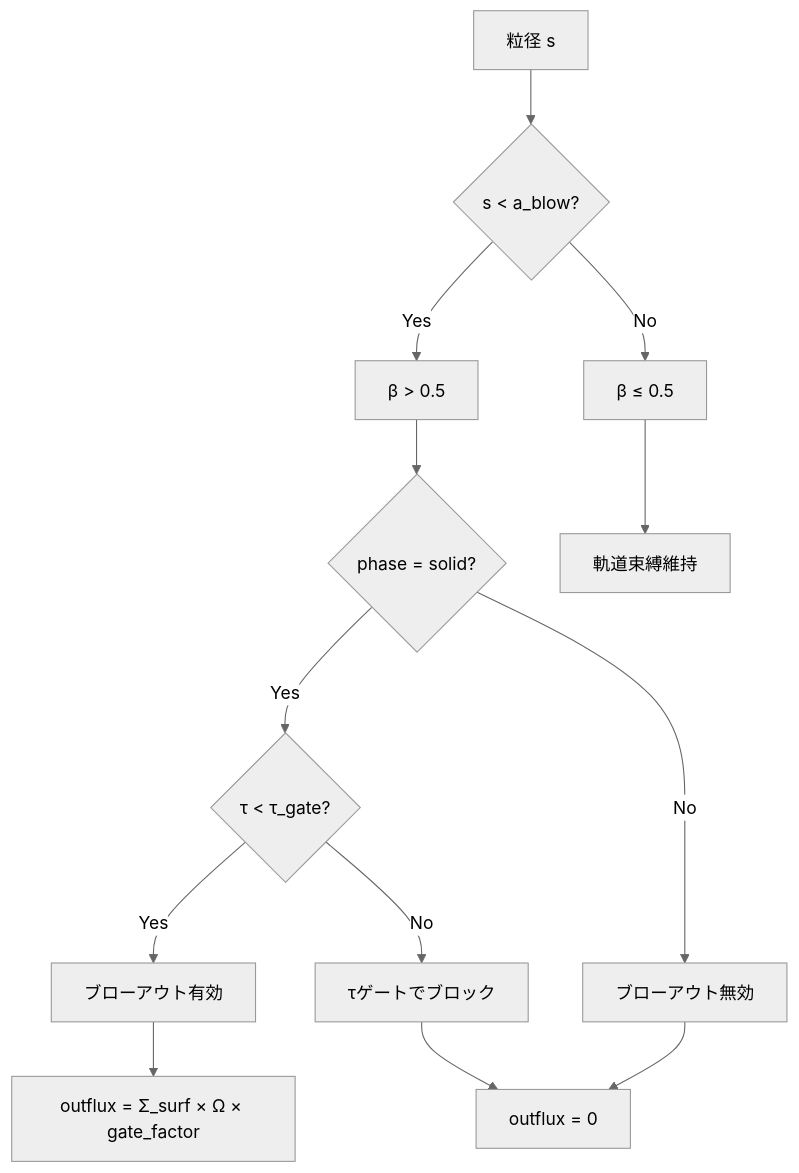
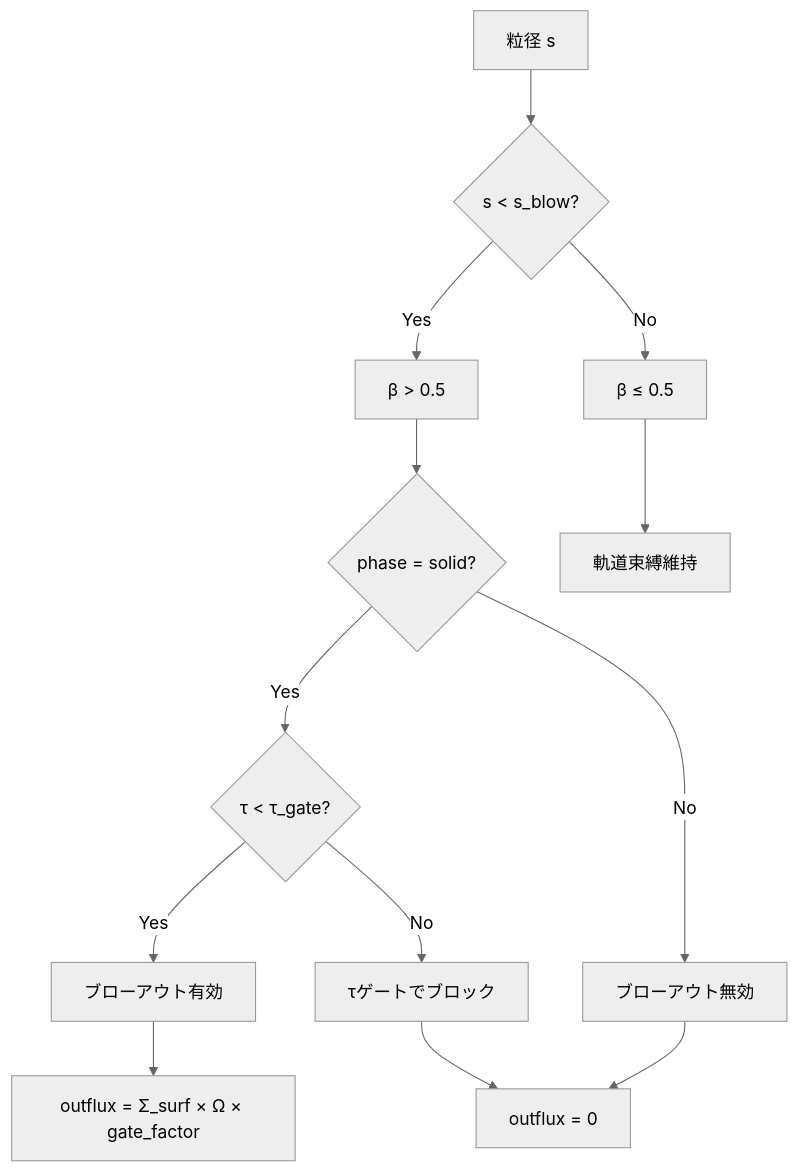
Before and after one commit to Einfeld686/MarsDiskSimulation: the ninth of 13 diagrams in analysis/physics_flow.md, drawn with Mermaid (neutral theme). The commit also changed other lines of this file and 21 other files, not shown here.

````diff
--- a/analysis/physics_flow.md
+++ b/analysis/physics_flow.md
@@ -380,18 +378,18 @@
 ```mermaid
 flowchart TB
-    A[粒径 s] --> B{s < a_blow?}
+    A[粒径 s] --> B{s < s_blow?}
     B -->|Yes| C[β > 0.5]
     B -->|No| D[β ≤ 0.5]
     
     C --> E{phase = solid?}
     E -->|Yes| F{τ < τ_gate?}
     E -->|No| G[ブローアウト無効]
     
     F -->|Yes| H[ブローアウト有効]
     F -->|No| I[τゲートでブロック]
     
     H --> J["outflux = Σ_surf × Ω × gate_factor"]
     G --> K["outflux = 0"]
     I --> K
     D --> L[軌道束縛維持]
 ```
````
